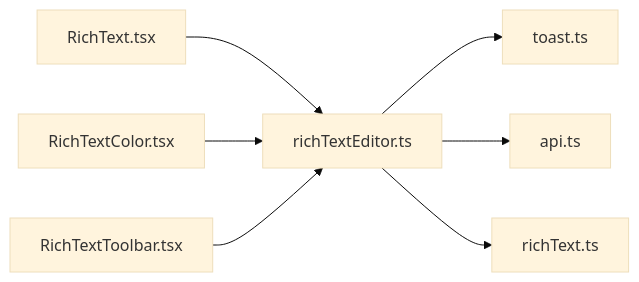
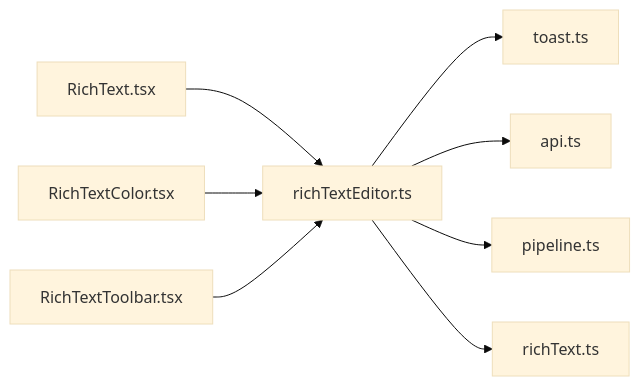
One commit to minkong-dev/Banblit changed the diagram in .cluedoc/graph/frontend/src/components/richTextEditor.md. Above: the diagram before and after it, drawn with Mermaid (base theme). The commit also changed other lines of this file and 17 other files, not shown here.

First line of the commit message:
frontend: route board server calls through pipeline and test the upload-then-publish order

````diff
--- a/.cluedoc/graph/frontend/src/components/richTextEditor.md
+++ b/.cluedoc/graph/frontend/src/components/richTextEditor.md
@@ -10,10 +10,11 @@
 ```mermaid
 flowchart LR
   frontend_src_components_richTextEditor["richTextEditor.ts"]
   frontend_src_components_richTextEditor --> frontend_src_components_toast["toast.ts"]
   frontend_src_components_richTextEditor --> frontend_src_lib_api["api.ts"]
+  frontend_src_components_richTextEditor --> frontend_src_lib_pipeline["pipeline.ts"]
   frontend_src_components_richTextEditor --> frontend_src_lib_richText["richText.ts"]
   frontend_src_components_RichText["RichText.tsx"] --> frontend_src_components_richTextEditor
   frontend_src_components_RichTextColor["RichTextColor.tsx"] --> frontend_src_components_richTextEditor
   frontend_src_components_RichTextToolbar["RichTextToolbar.tsx"] --> frontend_src_components_richTextEditor
 ```
````
